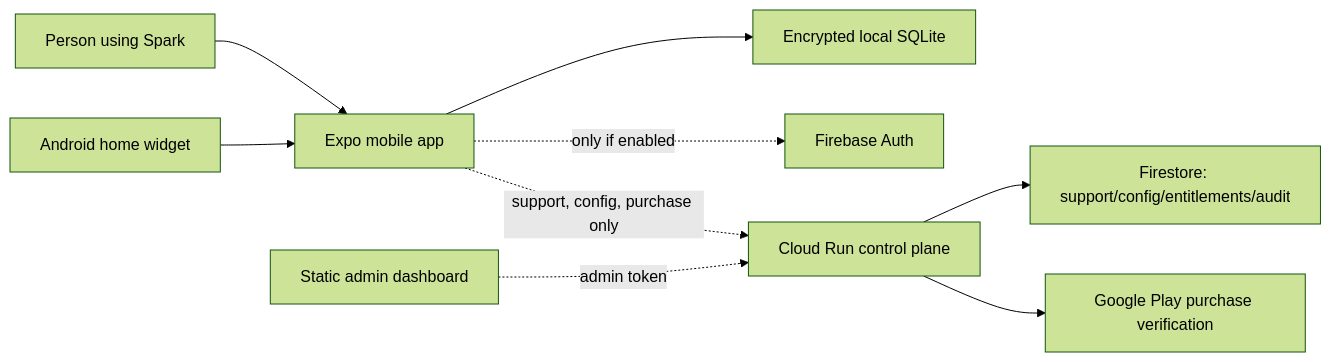
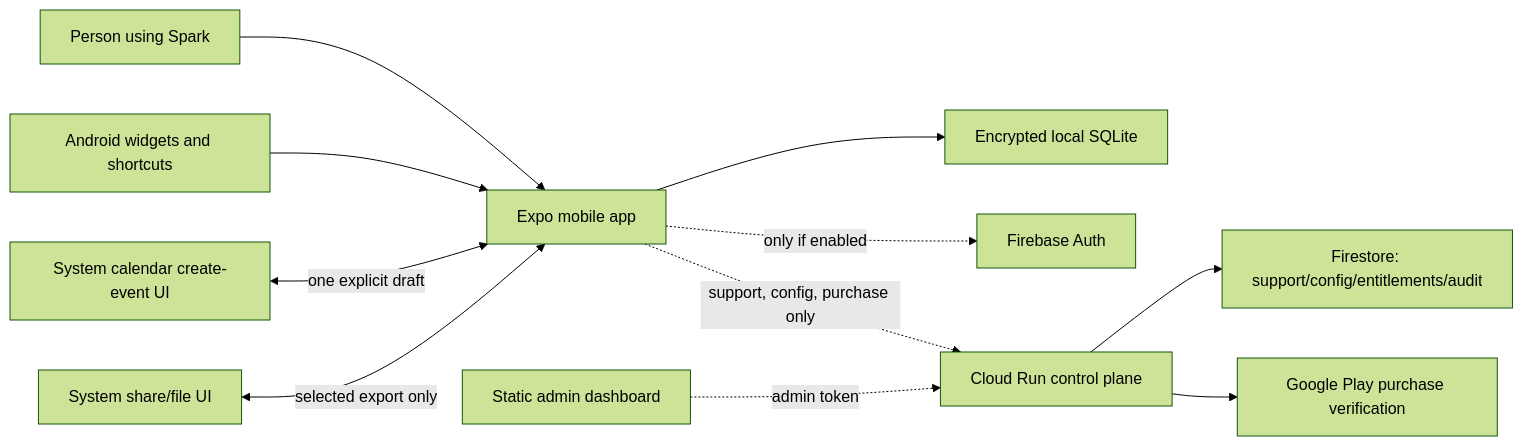
One commit to Pokis/spark changed the diagram in docs/architecture.md. Above: the diagram before and after it, drawn with Mermaid (forest theme). The commit also changed other lines of this file and 63 other files, not shown here.

````diff
--- a/docs/architecture.md
+++ b/docs/architecture.md
@@ -5,11 +5,13 @@
 ```mermaid
 flowchart LR
     Person["Person using Spark"] --> Mobile["Expo mobile app"]
-    Widget["Android home widget"] --> Mobile
+    Widget["Android widgets and shortcuts"] --> Mobile
+    Calendar["System calendar create-event UI"] <-->|"one explicit draft"| Mobile
+    Share["System share/file UI"] <-->|"selected export only"| Mobile
     Mobile --> Local["Encrypted local SQLite"]
     Mobile -. "only if enabled" .-> Auth["Firebase Auth"]
     Mobile -. "support, config, purchase only" .-> API["Cloud Run control plane"]
     Admin["Static admin dashboard"] -. "admin token" .-> API
     API --> Firestore["Firestore: support/config/entitlements/audit"]
     API --> Play["Google Play purchase verification"]
 ```
````
